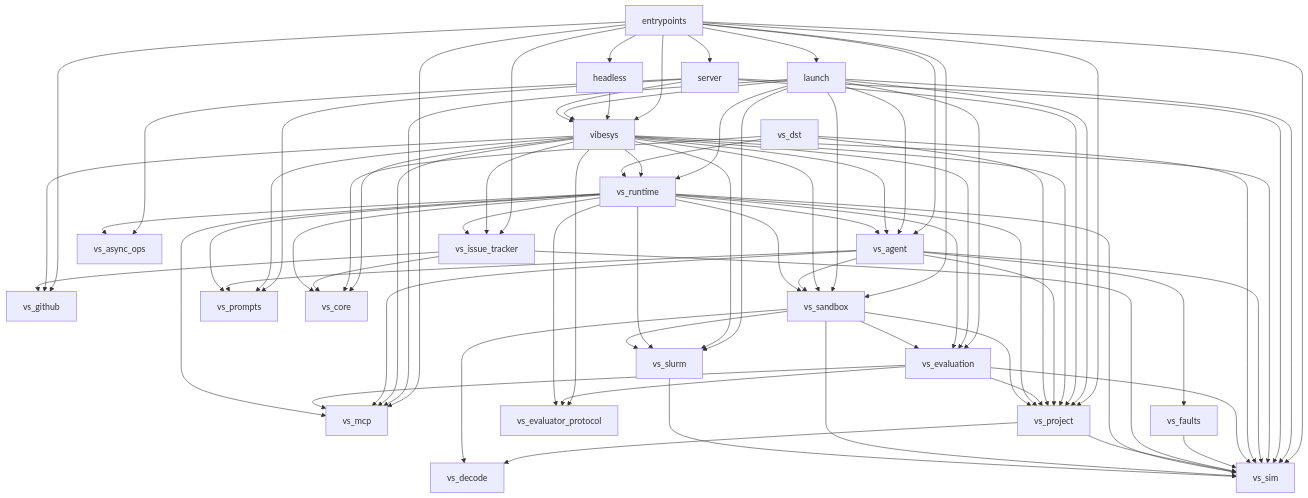
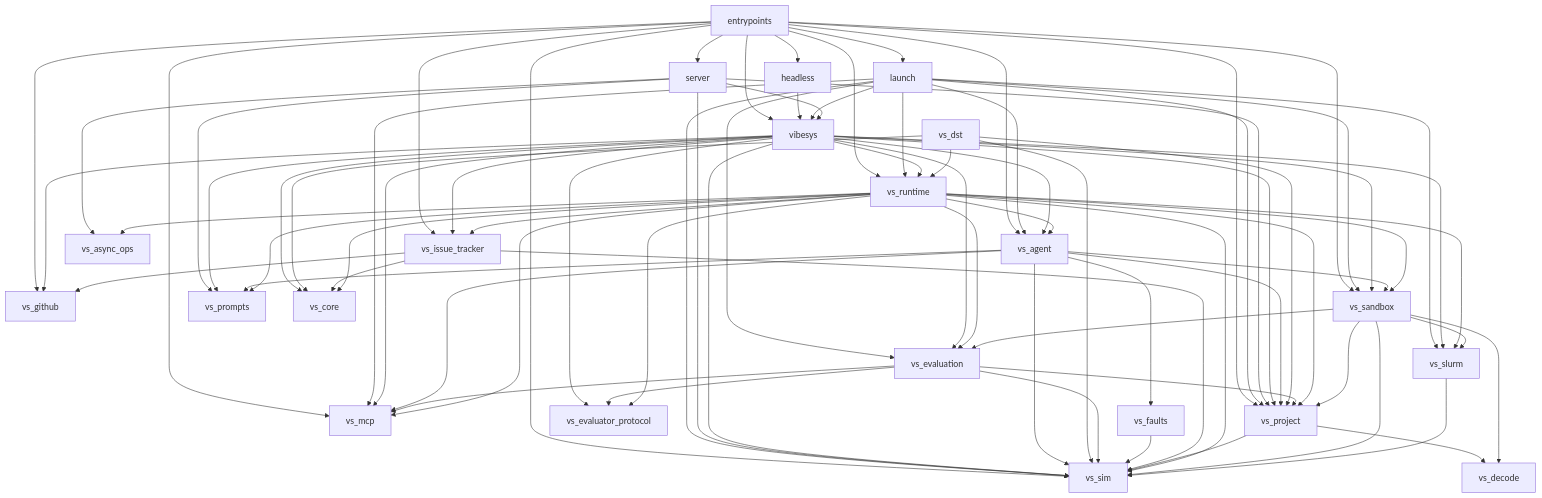
One commit to 6Mikao9/vibesys changed the diagram in docs/contributing/architecture.md. Above: the diagram before and after it, drawn with Mermaid. The commit also changed 47 other files, not shown here.

````diff
--- a/docs/contributing/architecture.md
+++ b/docs/contributing/architecture.md
@@ -128,80 +128,81 @@
 ```mermaid
 graph TD
     entrypoints --> headless
     entrypoints --> launch
     entrypoints --> server
     entrypoints --> vibesys
     entrypoints --> vs_agent
     entrypoints --> vs_github
     entrypoints --> vs_issue_tracker
     entrypoints --> vs_mcp
     entrypoints --> vs_project
+    entrypoints --> vs_runtime
     entrypoints --> vs_sandbox
     entrypoints --> vs_sim
     headless --> vibesys
     launch --> vibesys
     launch --> vs_agent
     launch --> vs_evaluation
     launch --> vs_mcp
     launch --> vs_project
     launch --> vs_runtime
     launch --> vs_sandbox
     launch --> vs_sim
     launch --> vs_slurm
     server --> vibesys
     server --> vs_async_ops
     server --> vs_project
     server --> vs_prompts
     server --> vs_sim
     vibesys --> vs_agent
     vibesys --> vs_core
     vibesys --> vs_evaluation
     vibesys --> vs_evaluator_protocol
     vibesys --> vs_github
     vibesys --> vs_issue_tracker
     vibesys --> vs_mcp
     vibesys --> vs_project
     vibesys --> vs_prompts
     vibesys --> vs_runtime
     vibesys --> vs_sandbox
     vibesys --> vs_sim
     vibesys --> vs_slurm
     vs_agent --> vs_faults
     vs_agent --> vs_mcp
     vs_agent --> vs_project
     vs_agent --> vs_prompts
     vs_agent --> vs_sandbox
     vs_agent --> vs_sim
     vs_dst --> vs_core
     vs_dst --> vs_project
     vs_dst --> vs_runtime
     vs_dst --> vs_sim
     vs_evaluation --> vs_evaluator_protocol
     vs_evaluation --> vs_mcp
     vs_evaluation --> vs_project
     vs_evaluation --> vs_sim
     vs_faults --> vs_sim
     vs_issue_tracker --> vs_core
     vs_issue_tracker --> vs_github
     vs_issue_tracker --> vs_sim
     vs_project --> vs_decode
     vs_project --> vs_sim
     vs_runtime --> vs_agent
     vs_runtime --> vs_async_ops
     vs_runtime --> vs_core
     vs_runtime --> vs_evaluation
     vs_runtime --> vs_evaluator_protocol
     vs_runtime --> vs_issue_tracker
     vs_runtime --> vs_mcp
     vs_runtime --> vs_project
     vs_runtime --> vs_prompts
     vs_runtime --> vs_sandbox
     vs_runtime --> vs_sim
     vs_runtime --> vs_slurm
     vs_sandbox --> vs_decode
     vs_sandbox --> vs_evaluation
     vs_sandbox --> vs_project
     vs_sandbox --> vs_sim
     vs_sandbox --> vs_slurm
     vs_slurm --> vs_sim
 ```
````
